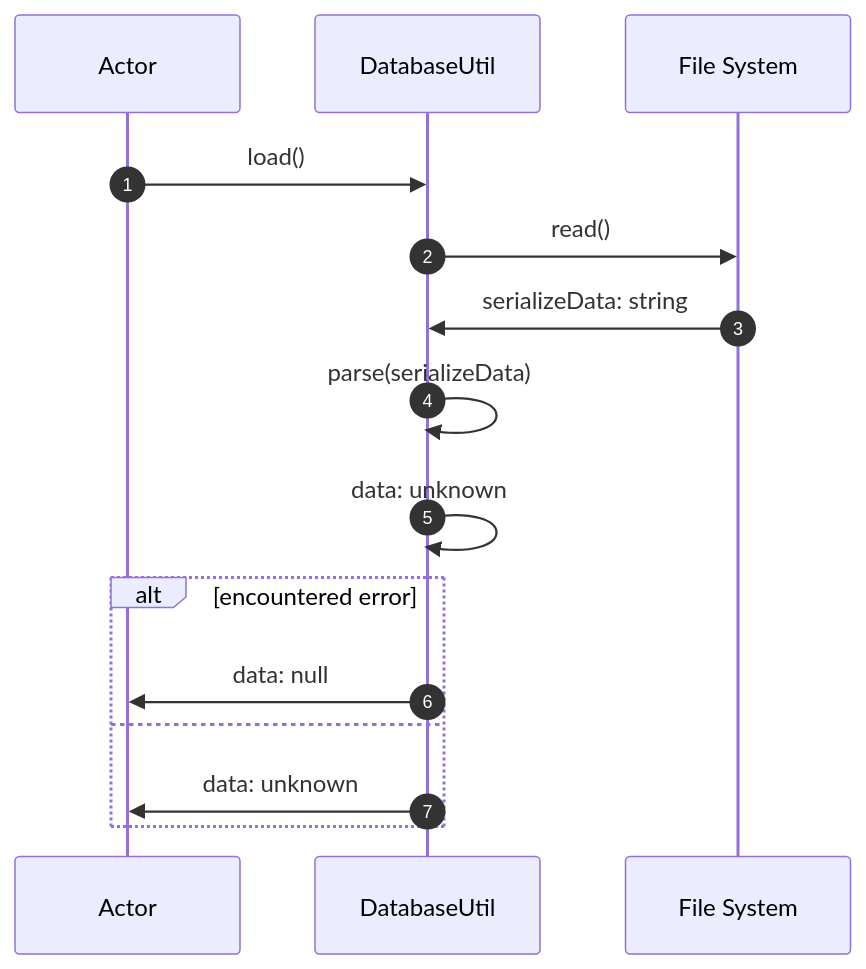
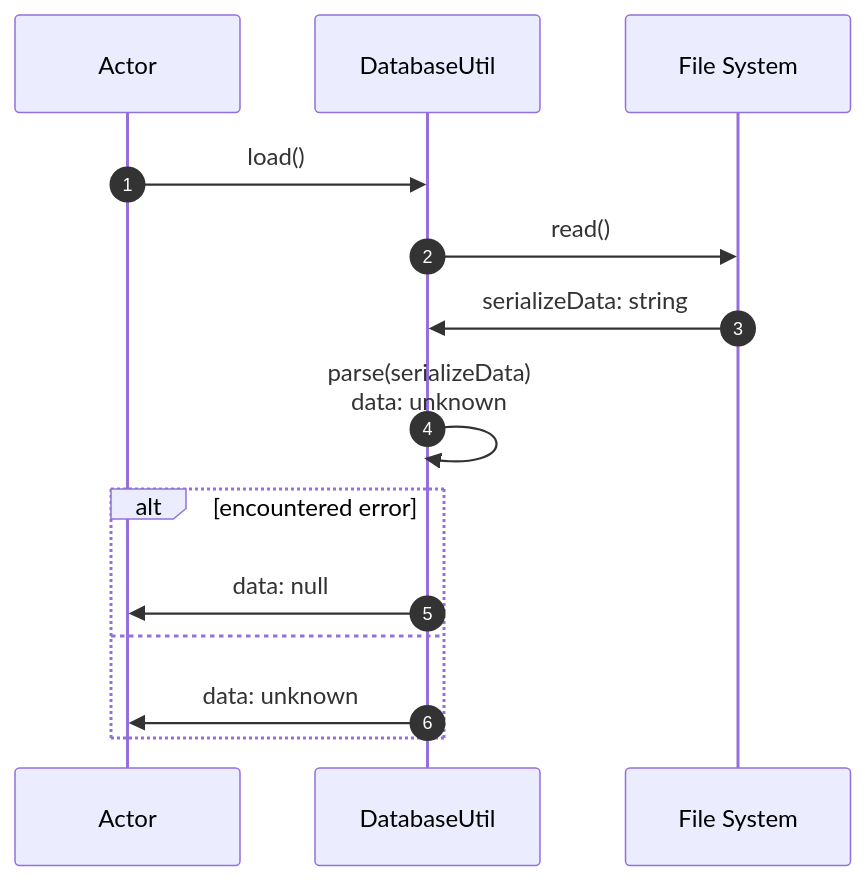
Before and after one commit to normal-devs/klicker-knight: the third of 4 diagrams in docs/architecture/databaseUtil.md, drawn with Mermaid. The commit also changed other lines of this file, not shown here.

````diff
--- a/docs/architecture/databaseUtil.md
+++ b/docs/architecture/databaseUtil.md
@@ -9,20 +44,19 @@
 ```mermaid
 sequenceDiagram
   autonumber
   participant A as Actor
   participant D as DatabaseUtil
   participant F as File System
 
   A ->> D: load()
   D ->> F: read()
   F ->> D: serializeData: string
 
-  D ->> D: parse(serializeData)
-  D ->> D: data: unknown
+  D ->> D: parse(serializeData) <br> data: unknown
 
   alt encountered error
     D ->> A: data: null
   else
     D ->> A: data: unknown
   end
 ```
````
